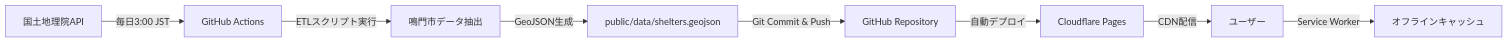
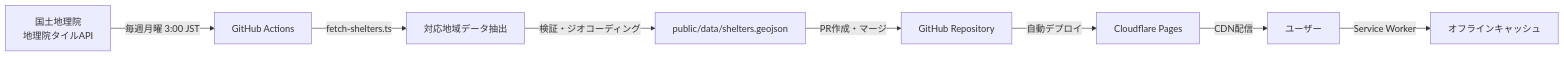
One commit to yusakuvol/Naruto-Shelter-Map changed the diagram in .docs/00-MASTER-PLAN.md. Above: the diagram before and after it, drawn with Mermaid. The commit also changed other lines of this file and 2 other files, not shown here.

Commit message:
docs: データ更新フローを地理院タイルAPI自動取得に合わせて更新
- README: データ更新フロー図・説明を自動取得ベースに変更
- README: 自動更新（毎週月曜 3:00 JST）と手動実行の手順を整理
- 00-MASTER-PLAN: Phase 5 注意事項とデータフロー図を現状に合わせて修正
- AGENTS.md: ワークフロー名を update-data.yml に修正

````diff
--- a/.docs/00-MASTER-PLAN.md
+++ b/.docs/00-MASTER-PLAN.md
@@ -310,10 +310,10 @@
 ```mermaid
 graph LR
-    A[国土地理院API] -->|毎日3:00 JST| B[GitHub Actions]
-    B -->|ETLスクリプト実行| C[鳴門市データ抽出]
-    C -->|GeoJSON生成| D[public/data/shelters.geojson]
-    D -->|Git Commit & Push| E[GitHub Repository]
+    A[国土地理院<br/>地理院タイルAPI] -->|毎週月曜 3:00 JST| B[GitHub Actions]
+    B -->|fetch-shelters.ts| C[対応地域データ抽出]
+    C -->|検証・ジオコーディング| D[public/data/shelters.geojson]
+    D -->|PR作成・マージ| E[GitHub Repository]
     E -->|自動デプロイ| F[Cloudflare Pages]
     F -->|CDN配信| G[ユーザー]
     G -->|Service Worker| H[オフラインキャッシュ]
 ```
````
